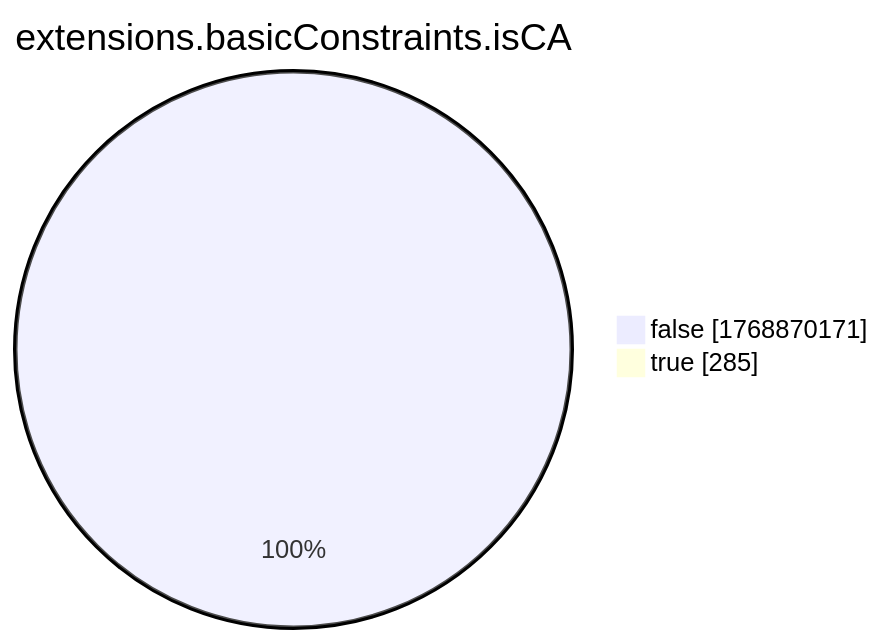
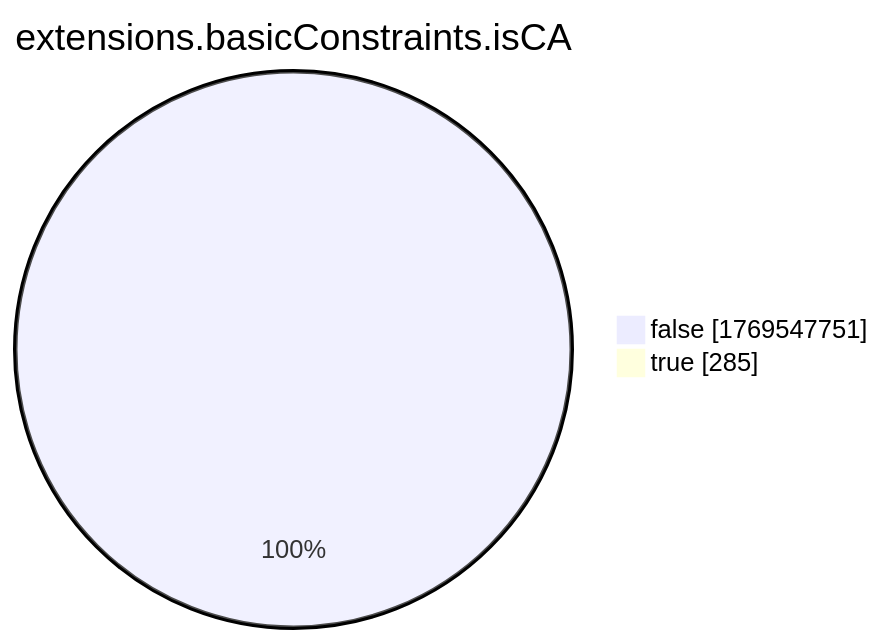
The eighth of 15 diagrams in xenon2022/README.md (christiankrug/ctmonitor_visualization), drawn with Mermaid before and after one commit. The commit also changed other lines of this file, not shown here.

````diff
--- a/xenon2022/README.md
+++ b/xenon2022/README.md
@@ -2868,6 +2868,6 @@
 ```mermaid
 pie showData
 title extensions.basicConstraints.isCA
-"false" :1768870171
+"false" :1769547751
 "true" :285
 ```
````
